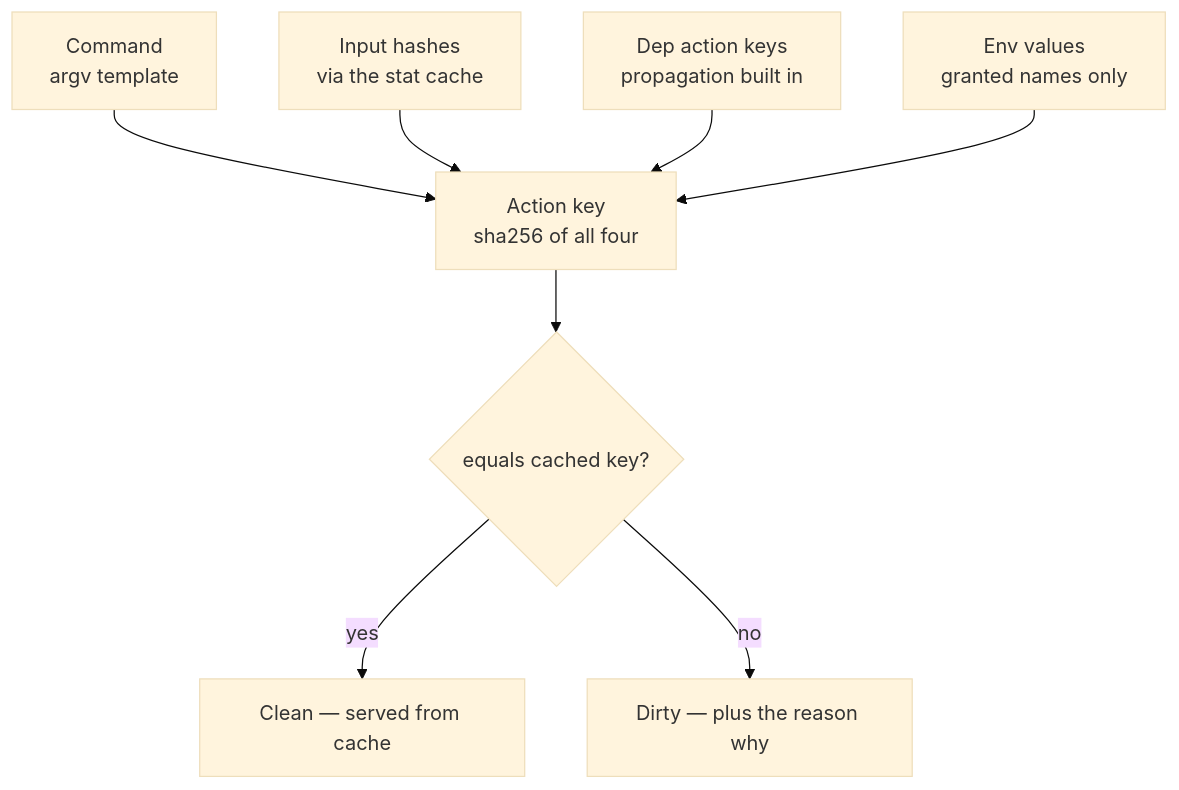
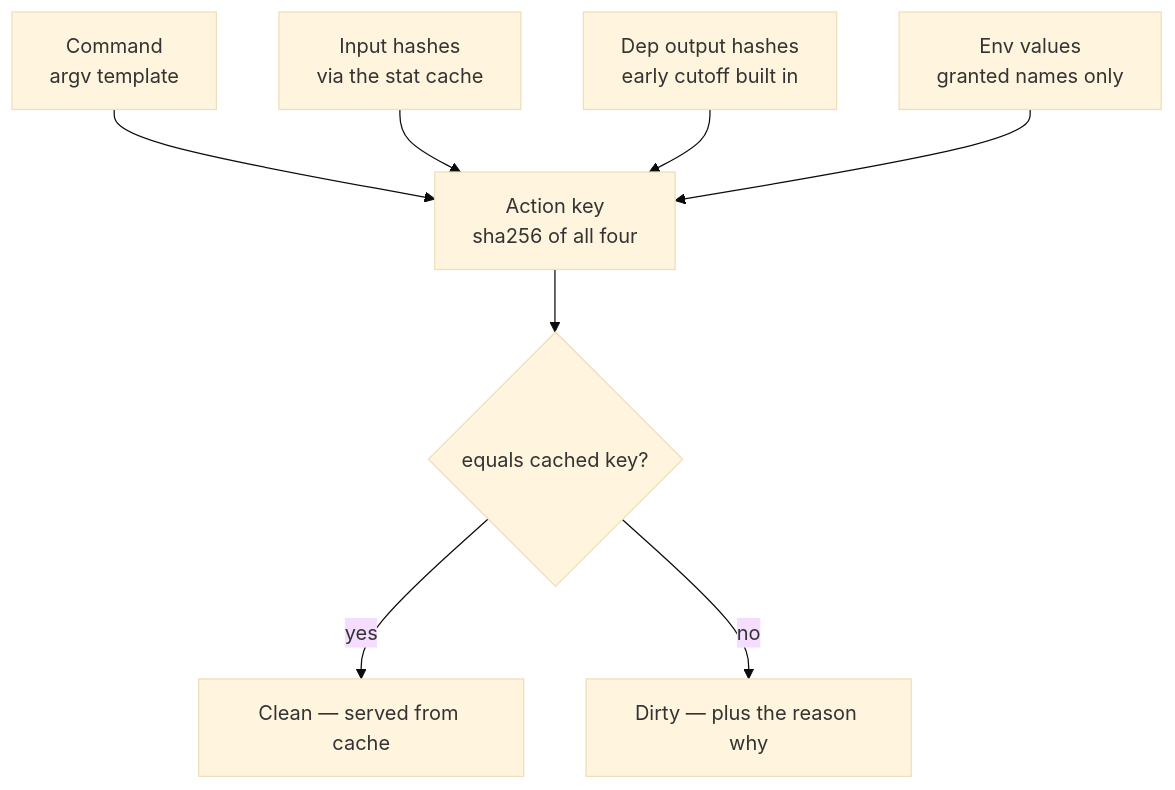
Before and after one commit to airsstack/buildl: the second of 3 diagrams in README.md, drawn with Mermaid (base theme). The commit also changed other lines of this file and 60 other files, not shown here.

````diff
--- a/README.md
+++ b/README.md
@@ -86,11 +86,11 @@
 ```mermaid
 %% Action key composition
 graph TD
     CMD["Command<br/>argv template"] --> KEY["Action key<br/>sha256 of all four"]
     IN["Input hashes<br/>via the stat cache"] --> KEY
-    DEP["Dep action keys<br/>propagation built in"] --> KEY
+    DEP["Dep output hashes<br/>early cutoff built in"] --> KEY
     ENV["Env values<br/>granted names only"] --> KEY
     KEY --> CMP{"equals cached key?"}
     CMP -- yes --> CLEAN["Clean — served from cache"]
     CMP -- no --> DIRTY["Dirty — plus the reason why"]
 ```
````
